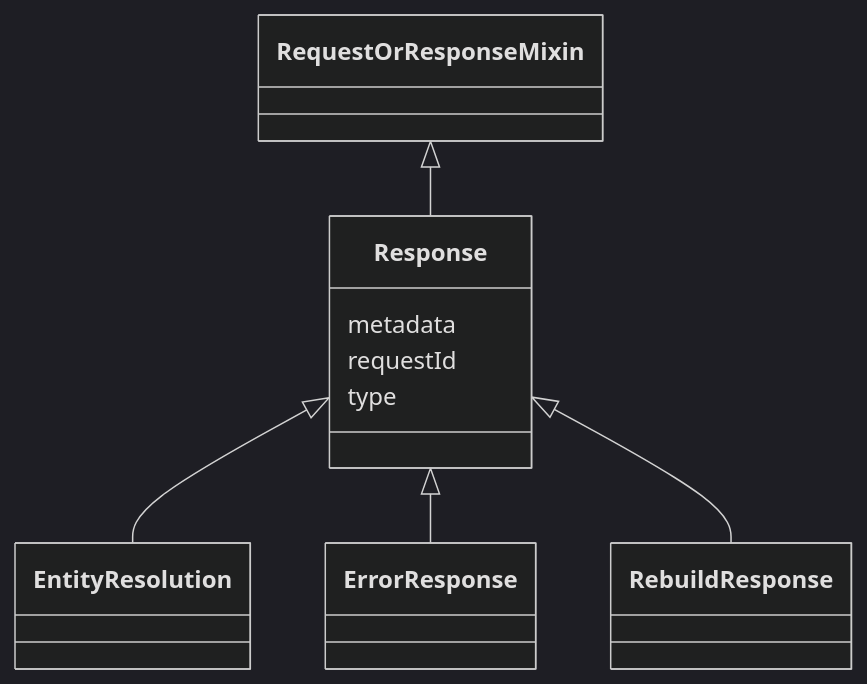
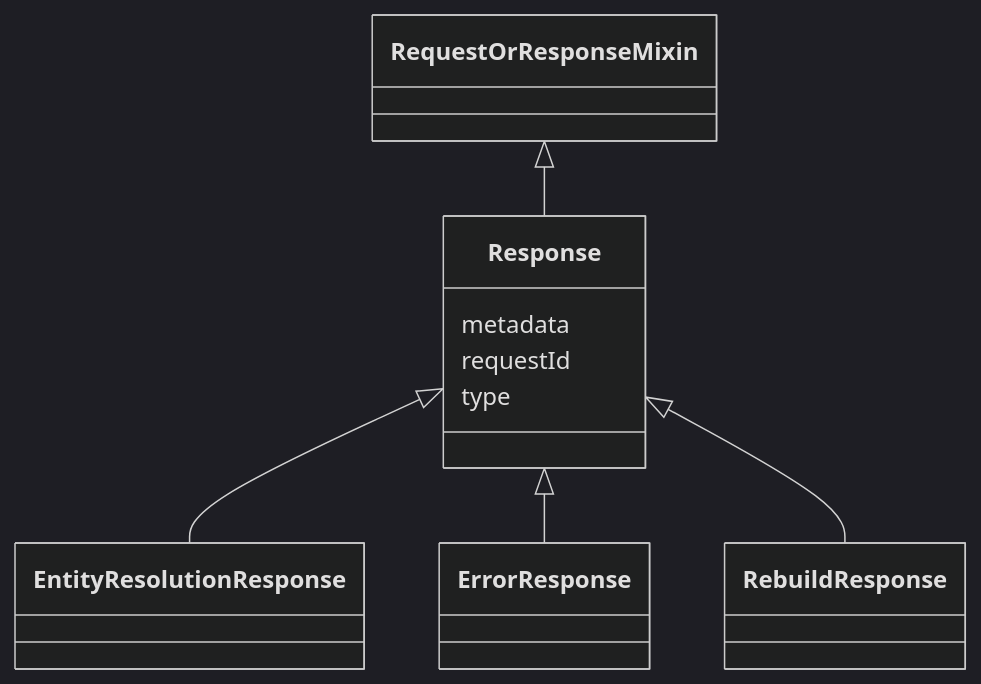
The diagram in docs/schema/Response.md (meaningfy-ws/er-system), drawn with Mermaid (dark theme) before and after one commit. The commit also changed other lines of this file and 24 other files, not shown here.

````diff
--- a/docs/schema/Response.md
+++ b/docs/schema/Response.md
@@ -22,24 +22,24 @@
 ```mermaid
  classDiagram
     class Response
     click Response href "../Response/"
       RequestOrResponseMixin <|-- Response
         click RequestOrResponseMixin href "../RequestOrResponseMixin/"
       
 
-      Response <|-- EntityResolution
-        click EntityResolution href "../EntityResolution/"
+      Response <|-- EntityResolutionResponse
+        click EntityResolutionResponse href "../EntityResolutionResponse/"
       Response <|-- ErrorResponse
         click ErrorResponse href "../ErrorResponse/"
       Response <|-- RebuildResponse
         click RebuildResponse href "../RebuildResponse/"
       
 
       Response : metadata
         
       Response : requestId
         
       Response : type
         
       
 ```
````
